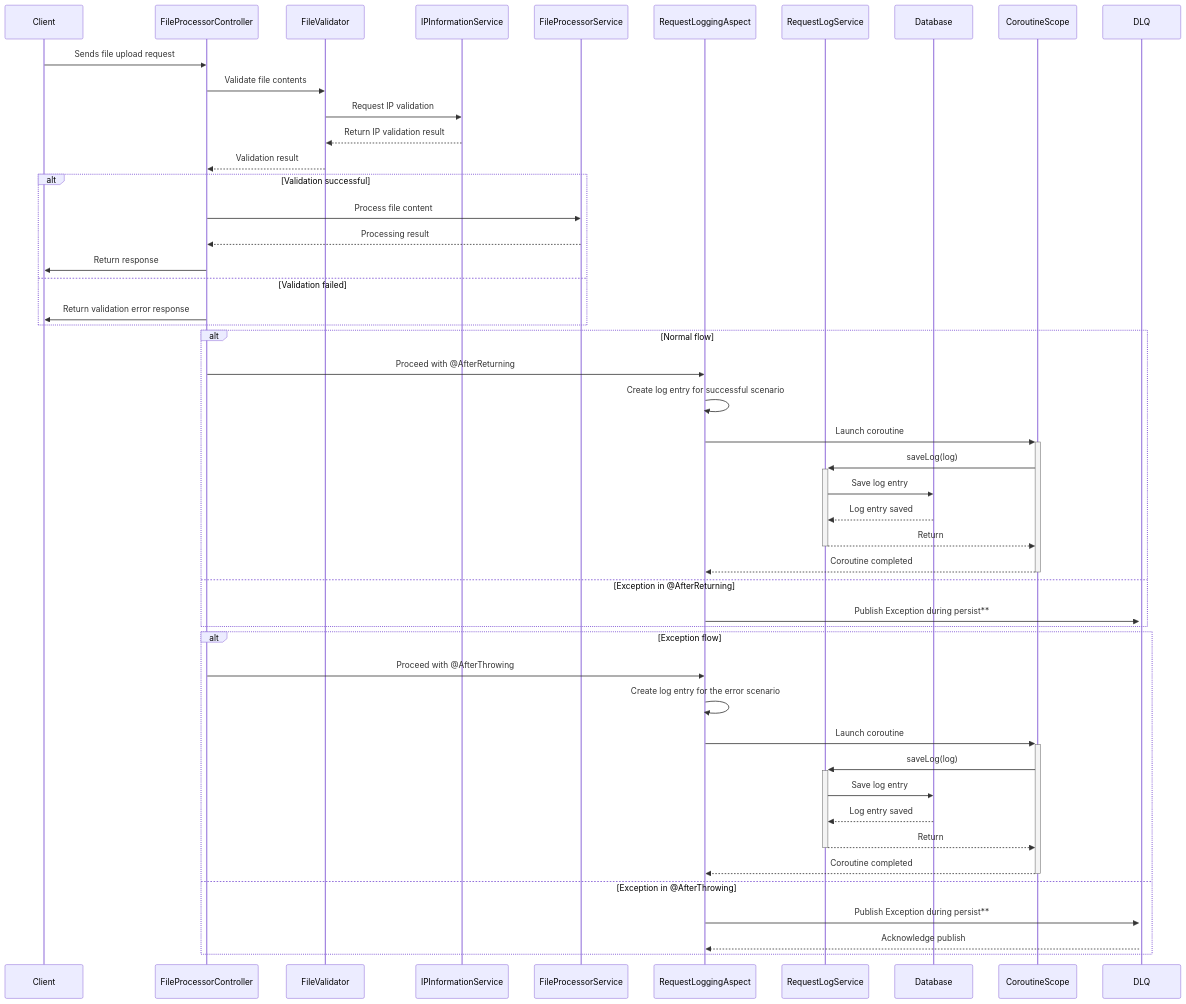
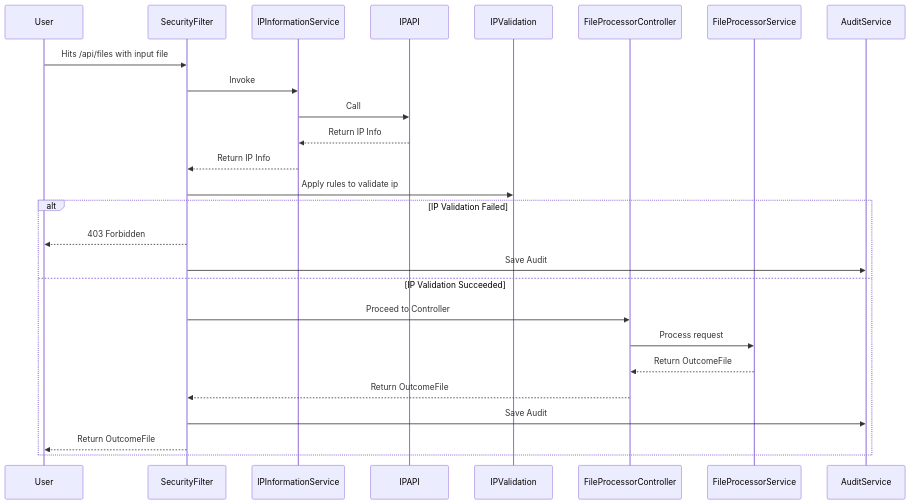
One commit to skkcoder/assessment changed the diagram in README.md. Above: the diagram before and after it, drawn with Mermaid.

Commit message:
readme update

````diff
--- a/README.md
+++ b/README.md
@@ -30,50 +30,28 @@
 ```mermaid
 sequenceDiagram
-   participant Client
+   participant User
+   participant SecurityFilter
+   participant IPInformationService
+   participant IPAPI
+   participant IPValidation
    participant FileProcessorController
-   participant FileValidator
-   participant IPInformationService
    participant FileProcessorService
-   participant RequestLoggingAspect
-   participant RequestLogService
-   participant Database
-   Client ->> FileProcessorController: Sends file upload request
-   FileProcessorController ->> FileValidator: Validate file contents
-   FileValidator ->> IPInformationService: Request IP validation
-   IPInformationService -->> FileValidator: Return IP validation result
-   FileValidator -->> FileProcessorController: Validation result
-   alt Validation successful
-      FileProcessorController ->> FileProcessorService: Process file content
-      FileProcessorService -->> FileProcessorController: Processing result
-      FileProcessorController ->> Client: Return response
-   else Validation failed
-      FileProcessorController ->> Client: Return validation error response
-   end
-
-   alt Normal flow
-      FileProcessorController ->> RequestLoggingAspect: Proceed with @AfterReturning
-      RequestLoggingAspect ->> RequestLoggingAspect: Create log entry for successful scenario
-      RequestLoggingAspect ->>+ CoroutineScope: Launch coroutine
-      CoroutineScope ->>+ RequestLogService: saveLog(log)
-      RequestLogService ->> Database: Save log entry
-      Database -->> RequestLogService: Log entry saved
-      RequestLogService -->>- CoroutineScope: Return
-      CoroutineScope -->>- RequestLoggingAspect: Coroutine completed
-   else Exception in @AfterReturning
-      RequestLoggingAspect ->>+ DLQ: Publish Exception during persist**
-   end
-
-   alt Exception flow
-      FileProcessorController ->> RequestLoggingAspect: Proceed with @AfterThrowing
-      RequestLoggingAspect ->> RequestLoggingAspect: Create log entry for the error scenario
-      RequestLoggingAspect ->>+ CoroutineScope: Launch coroutine
-      CoroutineScope ->>+ RequestLogService: saveLog(log)
-      RequestLogService ->> Database: Save log entry
-      Database -->> RequestLogService: Log entry saved
-      RequestLogService -->>- CoroutineScope: Return
-      CoroutineScope -->>- RequestLoggingAspect: Coroutine completed
-   else Exception in @AfterThrowing
-      RequestLoggingAspect ->>+ DLQ: Publish Exception during persist**
-      DLQ -->> RequestLoggingAspect: Acknowledge publish
-   end
+   participant AuditService
+      User->>SecurityFilter: Hits /api/files with input file
+      SecurityFilter->>IPInformationService: Invoke
+      IPInformationService->>IPAPI: Call
+      IPAPI-->>IPInformationService: Return IP Info
+      IPInformationService-->>SecurityFilter: Return IP Info
+      SecurityFilter->>IPValidation: Apply rules to validate ip
+      alt IP Validation Failed
+         SecurityFilter-->>User: 403 Forbidden
+         SecurityFilter->>AuditService: Save Audit
+      else IP Validation Succeeded
+         SecurityFilter->>FileProcessorController: Proceed to Controller
+         FileProcessorController->>FileProcessorService: Process request
+         FileProcessorService-->>FileProcessorController: Return OutcomeFile
+         FileProcessorController-->>SecurityFilter: Return OutcomeFile
+         SecurityFilter->>AuditService: Save Audit
+         SecurityFilter-->>User: Return OutcomeFile
+      end
 ```
````
